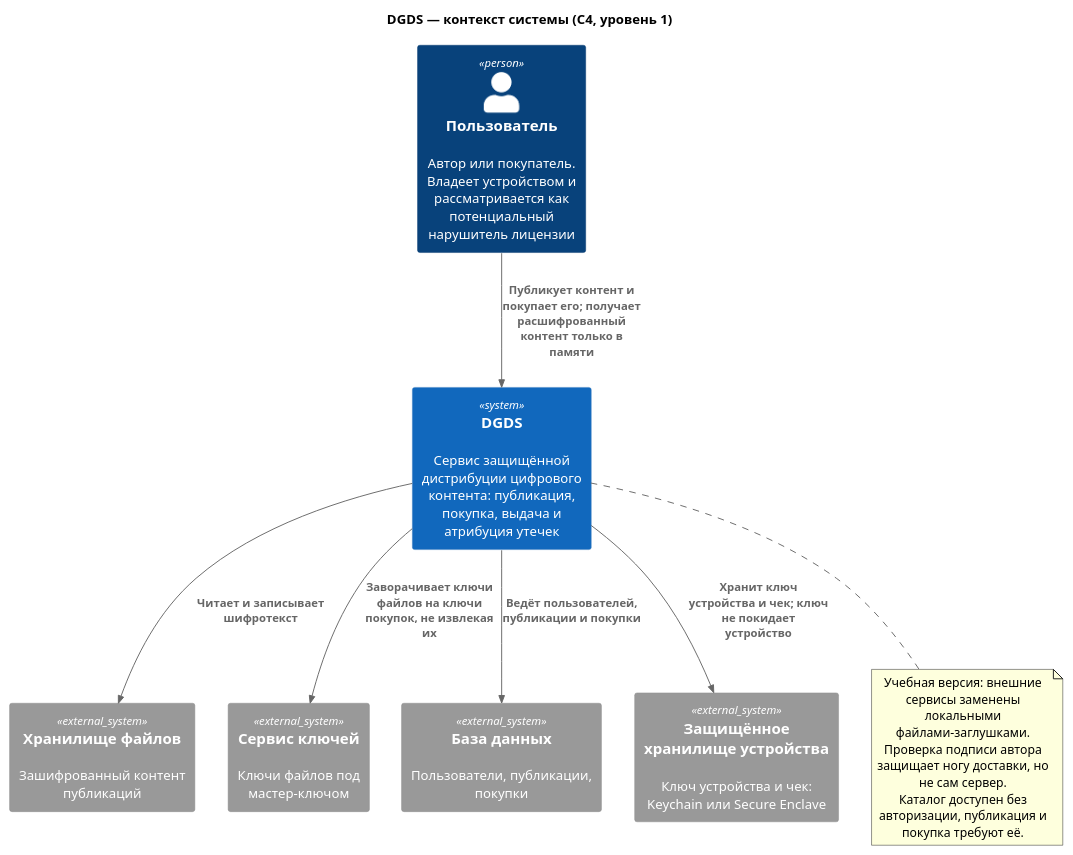
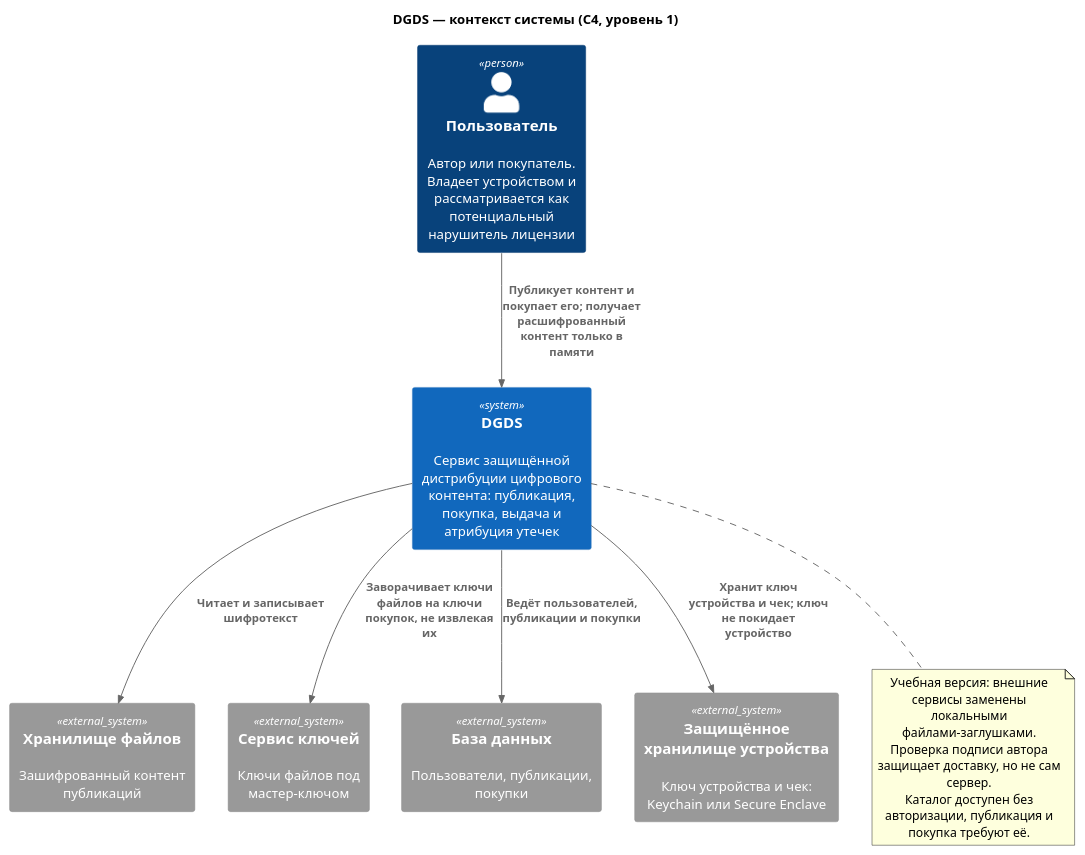
Before and after one commit to plushcube/dgds: the diagram in docs/architecture/01-context.puml, drawn with PlantUML. The commit also changed 65 other files, not shown here.

```diff
--- a/docs/architecture/01-context.puml
+++ b/docs/architecture/01-context.puml
@@ -1,27 +1,27 @@
 @startuml
 !include <C4/C4_Context>
 
 title DGDS — контекст системы (C4, уровень 1)
 
 Person(user, "Пользователь", "Автор или покупатель. Владеет устройством и рассматривается как потенциальный нарушитель лицензии")
 
 System(dgds, "DGDS", "Сервис защищённой дистрибуции цифрового контента: публикация, покупка, выдача и атрибуция утечек")
 
 System_Ext(blobs, "Хранилище файлов", "Зашифрованный контент публикаций")
 System_Ext(keys, "Сервис ключей", "Ключи файлов под мастер-ключом")
 System_Ext(meta, "База данных", "Пользователи, публикации, покупки")
 System_Ext(devicekey, "Защищённое хранилище устройства", "Ключ устройства и чек: Keychain или Secure Enclave")
 
 Rel(user, dgds, "Публикует контент и покупает его; получает расшифрованный контент только в памяти")
 Rel(dgds, blobs, "Читает и записывает шифротекст")
 Rel(dgds, keys, "Заворачивает ключи файлов на ключи покупок, не извлекая их")
 Rel(dgds, meta, "Ведёт пользователей, публикации и покупки")
 Rel(dgds, devicekey, "Хранит ключ устройства и чек; ключ не покидает устройство")
 
 note bottom of dgds
   Учебная версия: внешние сервисы заменены локальными файлами-заглушками.
-  Проверка подписи автора защищает ногу доставки, но не сам сервер.
+  Проверка подписи автора защищает доставку, но не сам сервер.
   Каталог доступен без авторизации, публикация и покупка требуют её.
 end note
 
 @enduml
```
